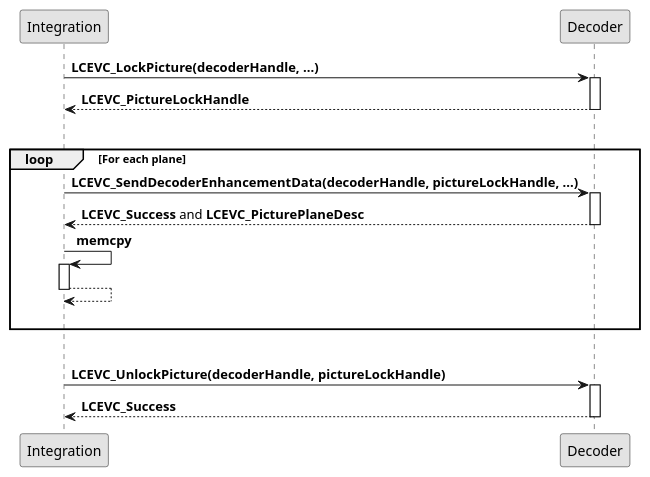
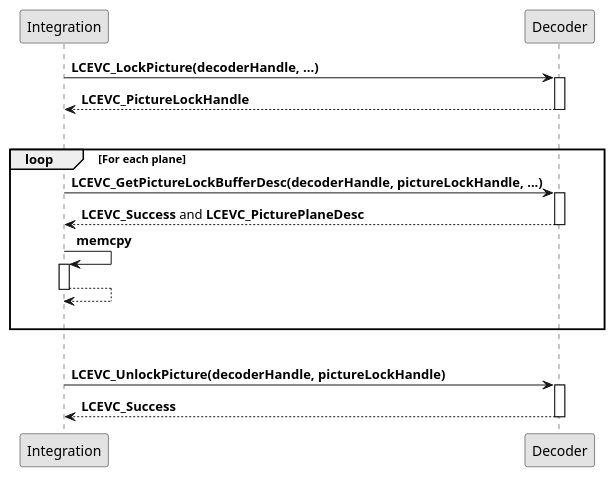
One commit to Jamaika1/LCEVCdec changed the fourth of 4 diagrams in docs/sphinx/overview.rst. Above: the diagram before and after it, drawn with PlantUML. The commit also changed other lines of this file and 507 other files, not shown here.

```diff
--- a/docs/sphinx/overview.rst
+++ b/docs/sphinx/overview.rst
@@ -348,20 +348,20 @@
 .. uml::
   :align: center
 
   skinparam monochrome true
 
   autoactivate on
   Integration -> Decoder: **LCEVC_LockPicture(decoderHandle, ...)**
   return **LCEVC_PictureLockHandle**
   |||
   loop For each plane
-    Integration -> Decoder: **LCEVC_SendDecoderEnhancementData(decoderHandle, pictureLockHandle, ...)**
+    Integration -> Decoder: **LCEVC_GetPictureLockBufferDesc(decoderHandle, pictureLockHandle, ...)**
     return **LCEVC_Success** and **LCEVC_PicturePlaneDesc**
 
     Integration -> Integration: **memcpy**
     return
   |||
   end
   |||
   Integration -> Decoder: **LCEVC_UnlockPicture(decoderHandle, pictureLockHandle)**
   return **LCEVC_Success**
```
